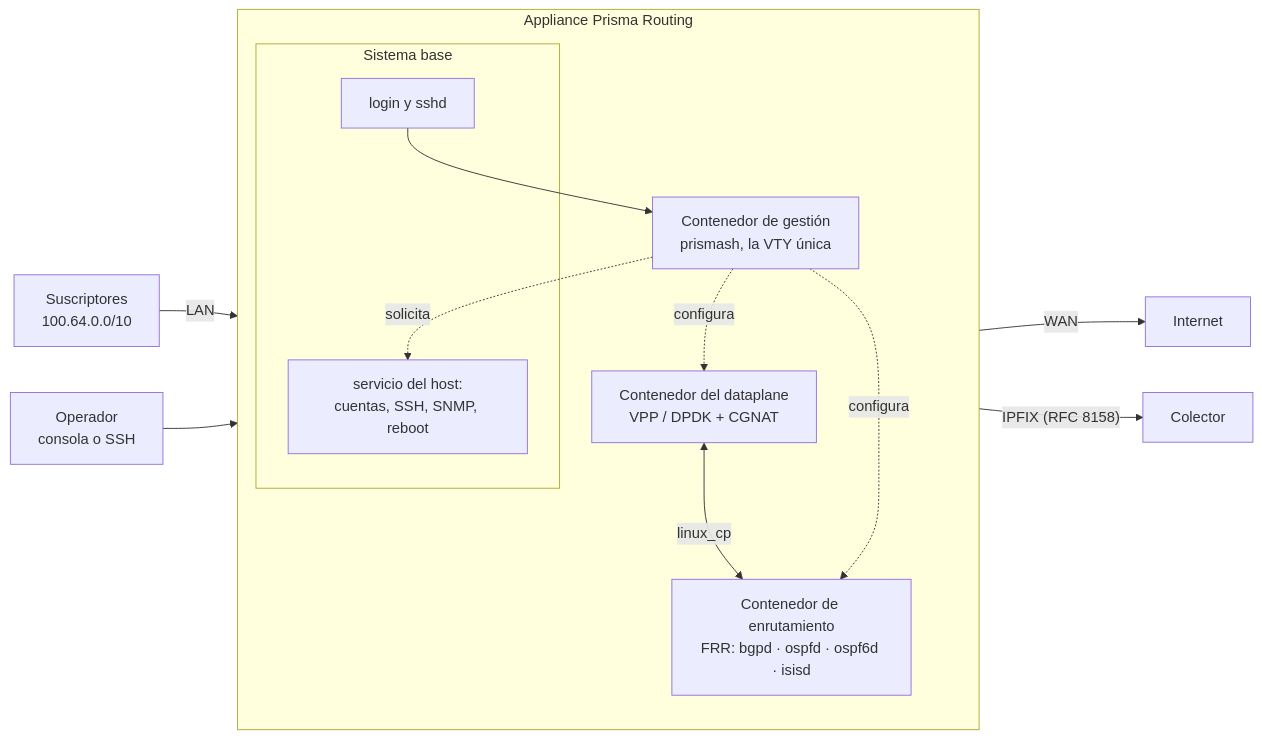
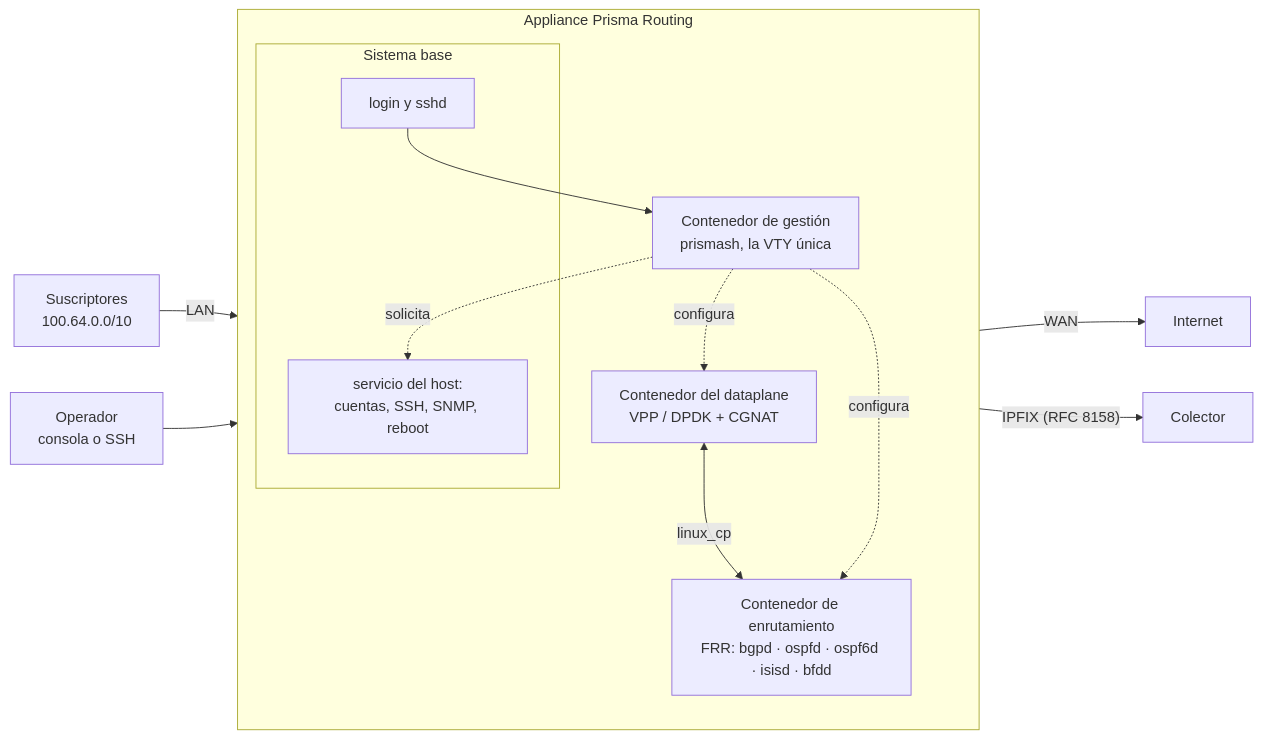
Before and after one commit to andrediashexa/prismarouting: the diagram in wiki/entender-el-producto/prisma-routing-vision-general.md, drawn with Mermaid. The commit also changed other lines of this file and 101 other files, not shown here.

````diff
--- a/wiki/entender-el-producto/prisma-routing-vision-general.md
+++ b/wiki/entender-el-producto/prisma-routing-vision-general.md
@@ -20,22 +20,22 @@
 ```mermaid
 flowchart LR
     SUB["Suscriptores<br/>100.64.0.0/10"] -->|LAN| VPP
     OP["Operador<br/>consola o SSH"] --> LOGIN
     subgraph BOX["Appliance Prisma Routing"]
         direction TB
         subgraph HOST["Sistema base"]
             LOGIN["login y sshd"]
             DOORS["servicio del host:<br/>cuentas, SSH, SNMP, reboot"]
         end
         VPP["Contenedor del dataplane<br/>VPP / DPDK + CGNAT"]
-        FRR["Contenedor de enrutamiento<br/>FRR: bgpd · ospfd · ospf6d · isisd"]
+        FRR["Contenedor de enrutamiento<br/>FRR: bgpd · ospfd · ospf6d · isisd · bfdd"]
         VTY["Contenedor de gestión<br/>prismash, la VTY única"]
         LOGIN --> VTY
         VPP <-->|"linux_cp"| FRR
         VTY -.->|configura| VPP
         VTY -.->|configura| FRR
         VTY -.->|solicita| DOORS
     end
     VPP -->|WAN| NET["Internet"]
     VPP -->|"IPFIX (RFC 8158)"| COL["Colector"]
 ```
````
